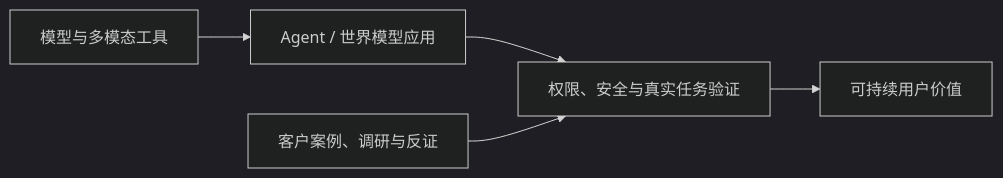
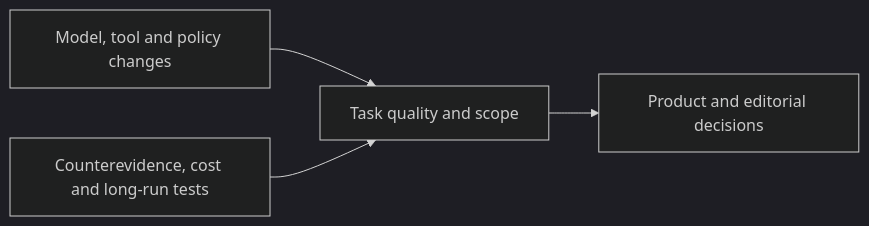
One commit to wwxd100/ai-news changed the diagram in README.md. Above: the diagram before and after it, drawn with Mermaid (dark theme). The commit also changed other lines of this file and 10 other files, not shown here.

````diff
--- a/README.md
+++ b/README.md
@@ -72,7 +21,6 @@
 ```mermaid
 flowchart LR
-  A["模型与多模态工具"] --> B["Agent / 世界模型应用"]
-  B --> C["权限、安全与真实任务验证"]
-  C --> D["可持续用户价值"]
-  E["客户案例、调研与反证"] --> C
+  A["Model, tool and policy changes"] --> B["Task quality and scope"]
+  B --> C["Product and editorial decisions"]
+  D["Counterevidence, cost and long-run tests"] --> B
 ```
````
